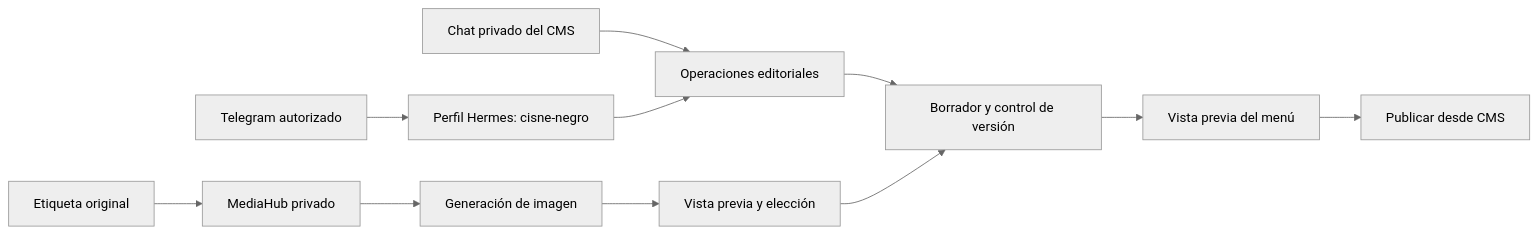
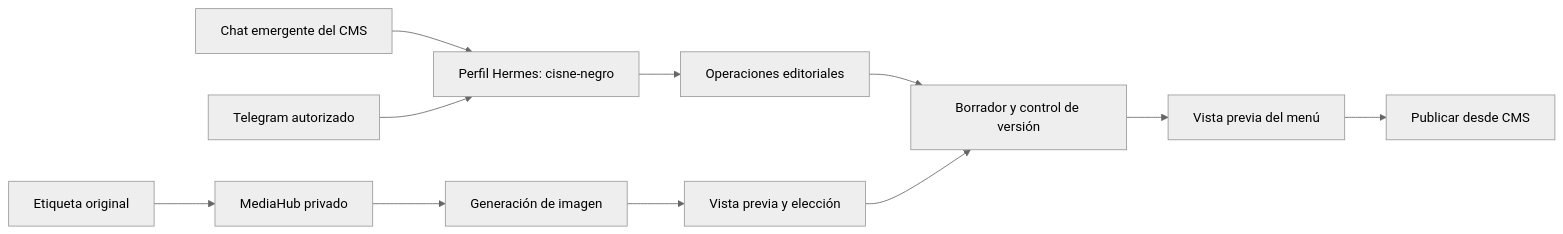
Before and after one commit to softvibeslab/cisnenegro: the diagram in agente-cisne/README.md, drawn with Mermaid (neutral theme). The commit also changed other lines of this file and 24 other files, not shown here.

Commit message:
Conecta popup CMS con Hermes y prepara el perfil remoto cisnenegro

````diff
--- a/agente-cisne/README.md
+++ b/agente-cisne/README.md
@@ -28,13 +30,13 @@
 ```mermaid
 flowchart LR
-    CMS[Chat privado del CMS] --> Tools[Operaciones editoriales]
+    CMS[Chat emergente del CMS] --> Hermes
     Telegram[Telegram autorizado] --> Hermes[Perfil Hermes: cisne-negro]
-    Hermes --> Tools
+    Hermes --> Tools[Operaciones editoriales]
     Tools --> Draft[Borrador y control de versión]
     Label[Etiqueta original] --> Media[MediaHub privado]
     Media --> Image[Generación de imagen]
     Image --> Review[Vista previa y elección]
     Review --> Draft
     Draft --> Preview[Vista previa del menú]
     Preview --> Publish[Publicar desde CMS]
 ```
````
